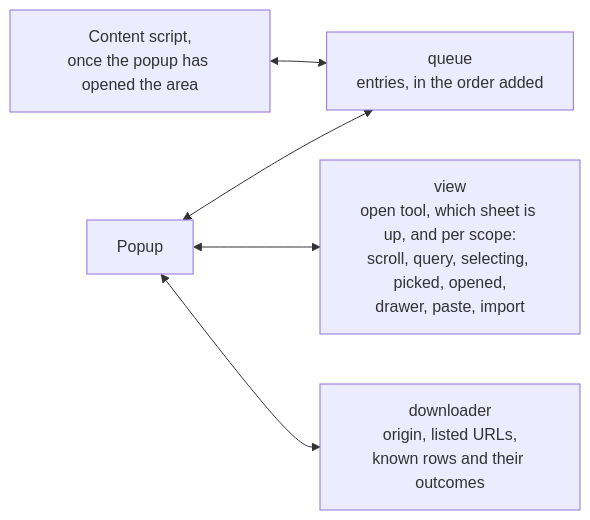
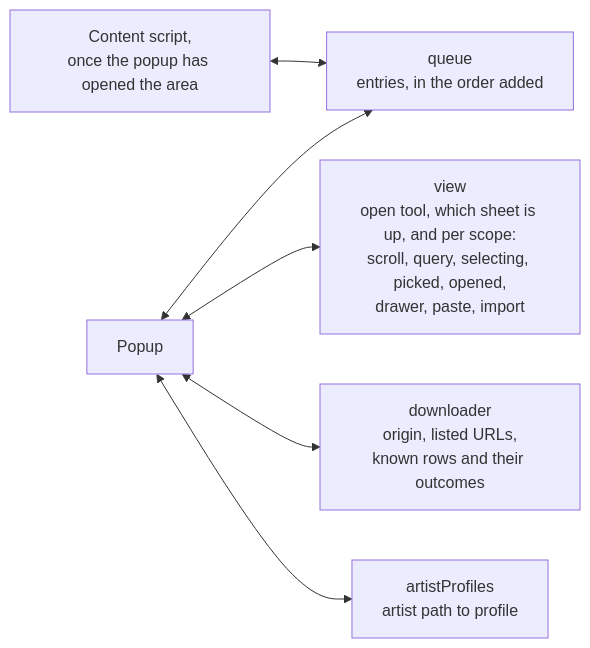
The second of 9 diagrams in apps/localtoolbox/docs/diagrams/state.md (cutenode/localnetwork), drawn with Mermaid before and after one commit. The commit also changed other lines of this file and 65 other files, not shown here.

````diff
--- a/apps/localtoolbox/docs/diagrams/state.md
+++ b/apps/localtoolbox/docs/diagrams/state.md
@@ -45,13 +45,15 @@
 ```mermaid
 flowchart LR
   Content["Content script,<br/>once the popup has opened the area"]
   Popup["Popup"]
   Queue["queue<br/>entries, in the order added"]
   View["view<br/>open tool, which sheet is up, and per scope:<br/>scroll, query, selecting, picked, opened,<br/>drawer, paste, import"]
   Downloader["downloader<br/>origin, listed URLs,<br/>known rows and their outcomes"]
+  Profiles["artistProfiles<br/>artist path to profile"]
 
   Content <--> Queue
   Popup <--> Queue
   Popup <--> View
   Popup <--> Downloader
+  Popup <--> Profiles
 ```
````
